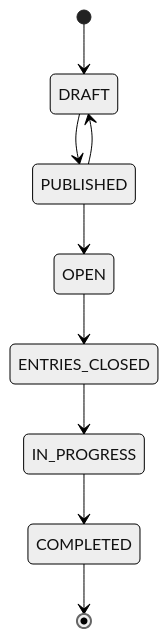
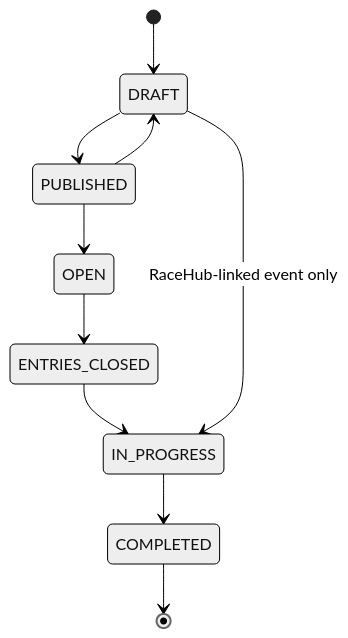
One commit to RCRaceHub/RCTimingControl changed the third of 3 diagrams in docs/developer/race-lifecycle.md. Above: the diagram before and after it, drawn with Mermaid (neutral theme). The commit also changed other lines of this file and 6 other files, not shown here.

First line of the commit message:
Let a RaceHub-linked event start straight from draft (#725)

````diff
--- a/docs/developer/race-lifecycle.md
+++ b/docs/developer/race-lifecycle.md
@@ -56,11 +56,12 @@
 ```mermaid
 stateDiagram-v2
     [*] --> DRAFT
     DRAFT --> PUBLISHED
     PUBLISHED --> OPEN
     PUBLISHED --> DRAFT
     OPEN --> ENTRIES_CLOSED
     ENTRIES_CLOSED --> IN_PROGRESS
+    DRAFT --> IN_PROGRESS : RaceHub-linked event only
     IN_PROGRESS --> COMPLETED
     COMPLETED --> [*]
 ```
````
